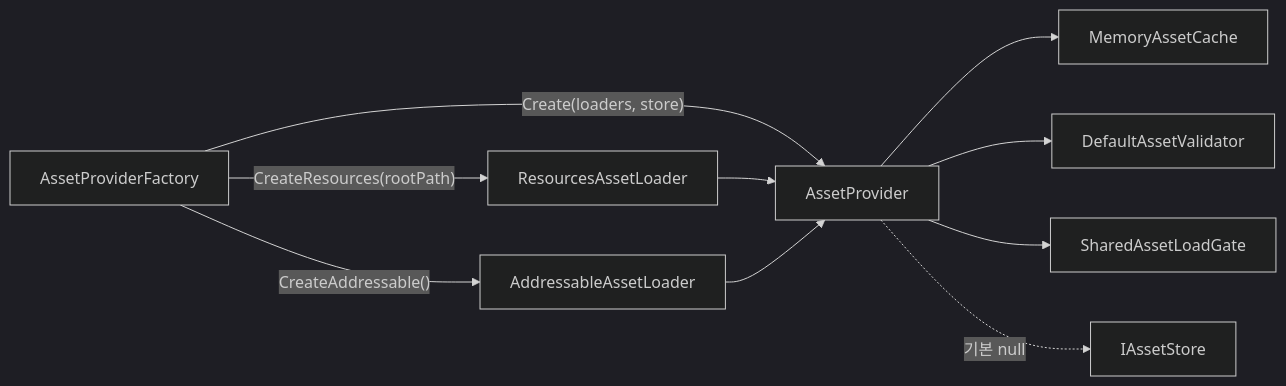
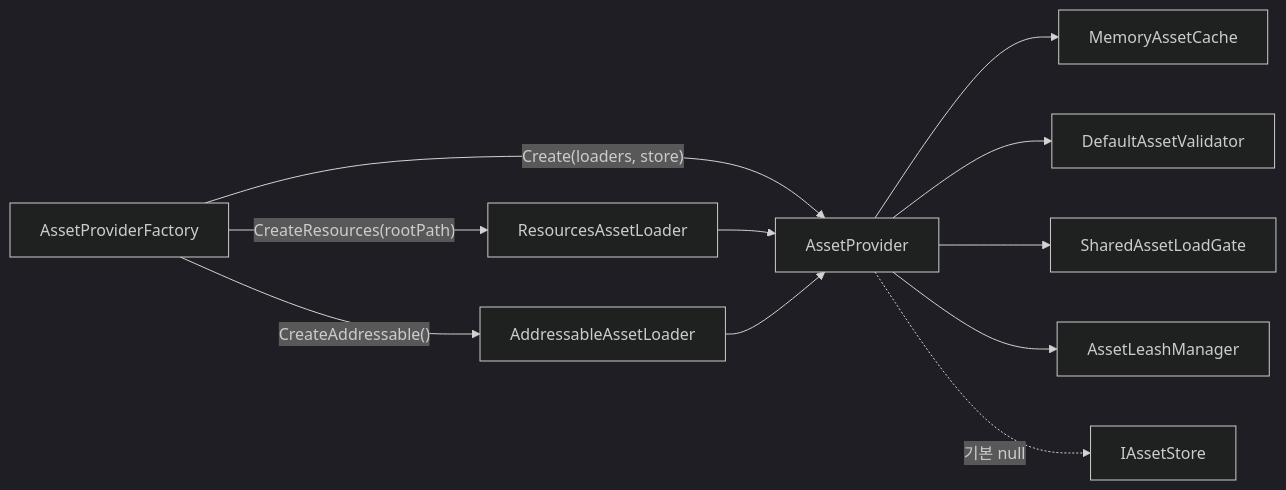
One commit to HoHong123/HCUP-Unity changed the first of 3 diagrams in HResource/docs/Provider.md. Above: the diagram before and after it, drawn with Mermaid (dark theme). The commit also changed other lines of this file, not shown here.

````diff
--- a/HResource/docs/Provider.md
+++ b/HResource/docs/Provider.md
@@ -41,12 +39,13 @@
 ```mermaid
 flowchart LR
     F["AssetProviderFactory"] -->|"CreateResources(rootPath)"| R["ResourcesAssetLoader"]
     F -->|"CreateAddressable()"| A["AddressableAssetLoader"]
     F -->|"Create(loaders, store)"| P["AssetProvider"]
     R --> P
     A --> P
     P --> M["MemoryAssetCache"]
     P --> V["DefaultAssetValidator"]
     P --> G["SharedAssetLoadGate"]
+    P --> N["AssetLeashManager"]
     P -.->|"기본 null"| S["IAssetStore"]
 ```
````
